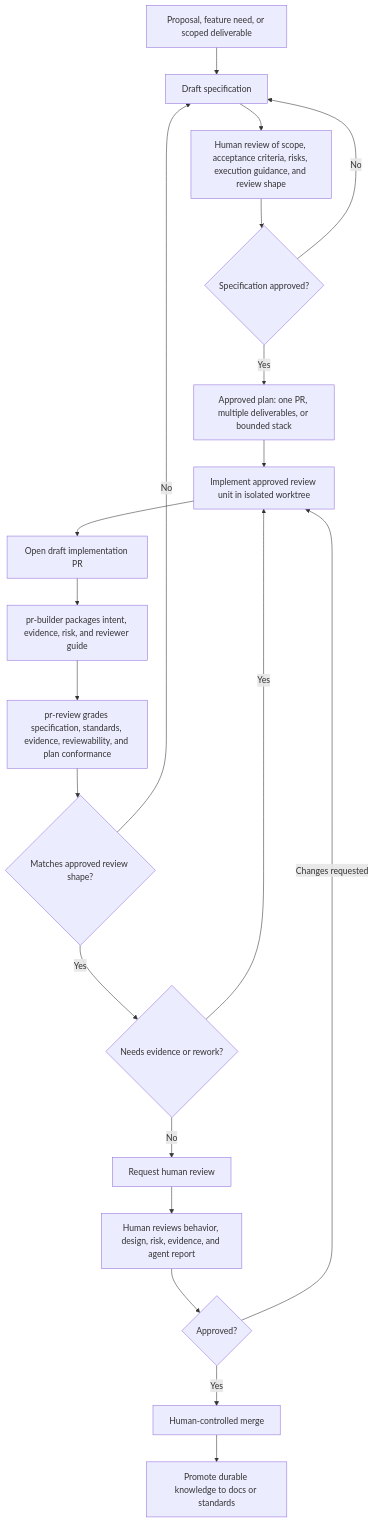
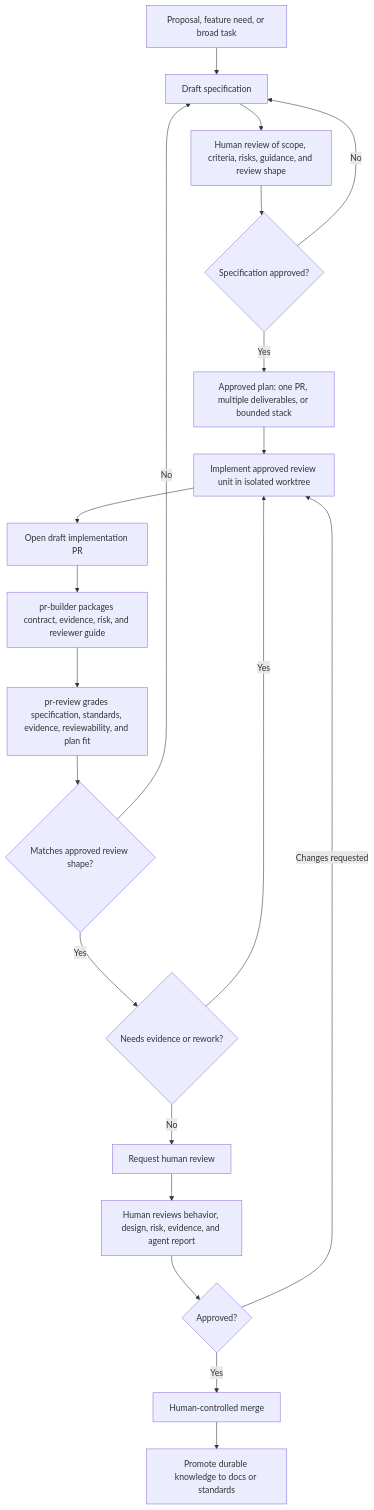
The second of 2 diagrams in docs/human-in-loop-pr-review-strategy.md (zazzcode/zazz-skills), drawn with Mermaid before and after one commit. The commit also changed other lines of this file, not shown here.

Commit message:
Refine human-in-loop PR review strategy

````diff
--- a/docs/human-in-loop-pr-review-strategy.md
+++ b/docs/human-in-loop-pr-review-strategy.md
@@ -358,22 +403,22 @@
 ```mermaid
 flowchart TB
-    A["Proposal, feature need, or scoped deliverable"] --> B["Draft specification"]
-    B --> C["Human review of scope, acceptance criteria, risks, execution guidance, and review shape"]
+    A["Proposal, feature need, or broad task"] --> B["Draft specification"]
+    B --> C["Human review of scope, criteria, risks, guidance, and review shape"]
     C --> D{"Specification approved?"}
     D -- "No" --> B
     D -- "Yes" --> E["Approved plan: one PR, multiple deliverables, or bounded stack"]
     E --> F["Implement approved review unit in isolated worktree"]
     F --> G["Open draft implementation PR"]
-    G --> H["pr-builder packages intent, evidence, risk, and reviewer guide"]
-    H --> I["pr-review grades specification, standards, evidence, reviewability, and plan conformance"]
+    G --> H["pr-builder packages contract, evidence, risk, and reviewer guide"]
+    H --> I["pr-review grades specification, standards, evidence, reviewability, and plan fit"]
     I --> J{"Matches approved review shape?"}
     J -- "No" --> B
     J -- "Yes" --> K{"Needs evidence or rework?"}
     K -- "Yes" --> F
     K -- "No" --> L["Request human review"]
     L --> M["Human reviews behavior, design, risk, evidence, and agent report"]
     M --> N{"Approved?"}
     N -- "Changes requested" --> F
     N -- "Yes" --> O["Human-controlled merge"]
     O --> P["Promote durable knowledge to docs or standards"]
 ```
````
